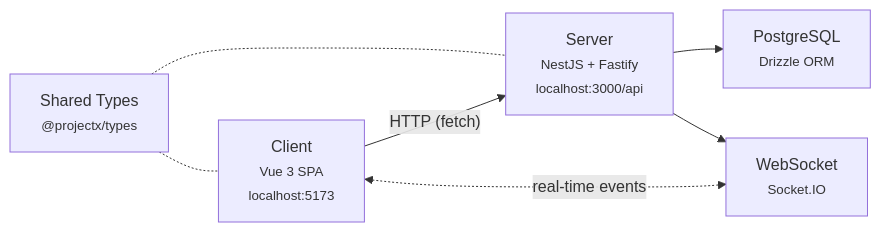
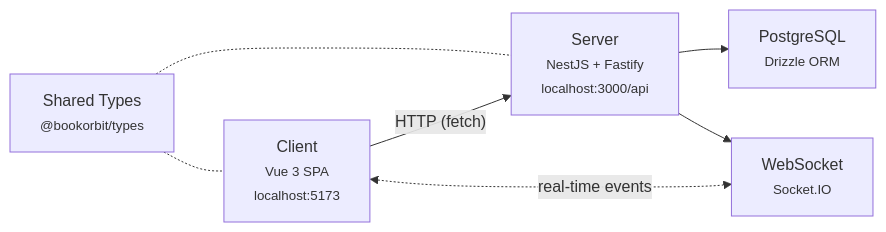
The diagram in DEVELOPMENT.md (bookorbit/bookorbit), drawn with Mermaid before and after one commit. The commit also changed other lines of this file and 734 other files, not shown here.

````diff
--- a/DEVELOPMENT.md
+++ b/DEVELOPMENT.md
@@ -13,15 +13,15 @@
 ```mermaid
 graph LR
     Client["Client<br/><small>Vue 3 SPA</small><br/><small>localhost:5173</small>"]
     Server["Server<br/><small>NestJS + Fastify</small><br/><small>localhost:3000/api</small>"]
     DB["PostgreSQL<br/><small>Drizzle ORM</small>"]
     WS["WebSocket<br/><small>Socket.IO</small>"]
-    Types["Shared Types<br/><small>@projectx/types</small>"]
+    Types["Shared Types<br/><small>@bookorbit/types</small>"]
 
     Client -- "HTTP (fetch)" --> Server
     Client <-. "real-time events" .-> WS
     Server --> DB
     Server --> WS
     Types -.- Client
     Types -.- Server
 ```
````
